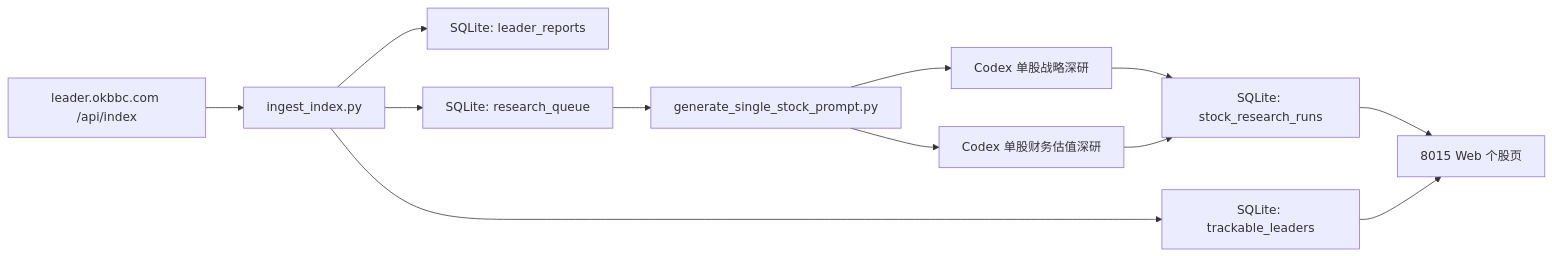
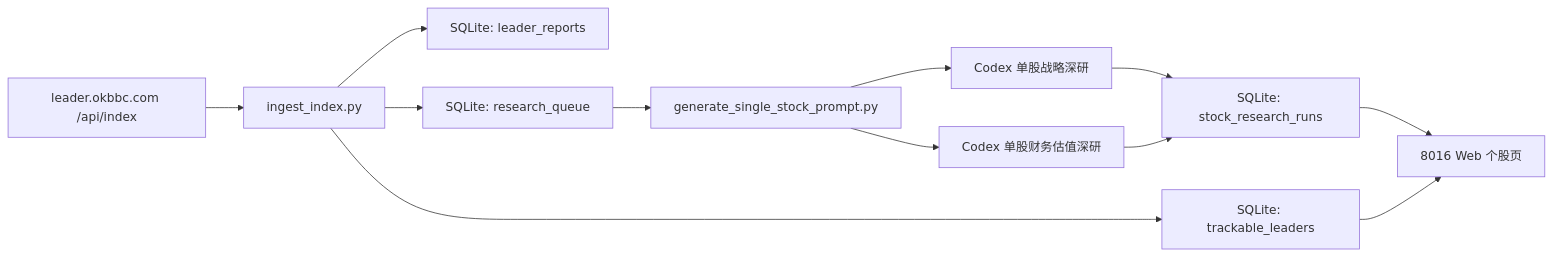
Before and after one commit to imherro/MyInvestStock: the diagram in docs/ARCHITECTURE.md, drawn with Mermaid. The commit also changed other lines of this file and 2 other files, not shown here.

Commit message:
Use 8016 as default web port

````diff
--- a/docs/ARCHITECTURE.md
+++ b/docs/ARCHITECTURE.md
@@ -18,14 +18,14 @@
 ```mermaid
 flowchart LR
   A["leader.okbbc.com /api/index"] --> B["ingest_index.py"]
   B --> C["SQLite: leader_reports"]
   B --> D["SQLite: trackable_leaders"]
   B --> E["SQLite: research_queue"]
   E --> F["generate_single_stock_prompt.py"]
   F --> G1["Codex 单股战略深研"]
   F --> G2["Codex 单股财务估值深研"]
   G1 --> H["SQLite: stock_research_runs"]
   G2 --> H
-  H --> I["8015 Web 个股页"]
+  H --> I["8016 Web 个股页"]
   D --> I
 ```
````
